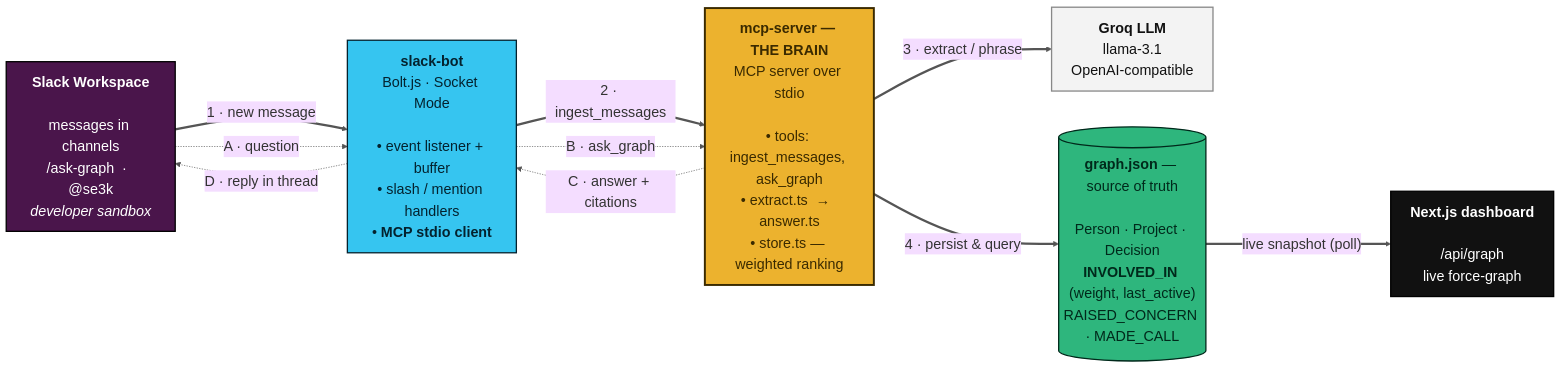
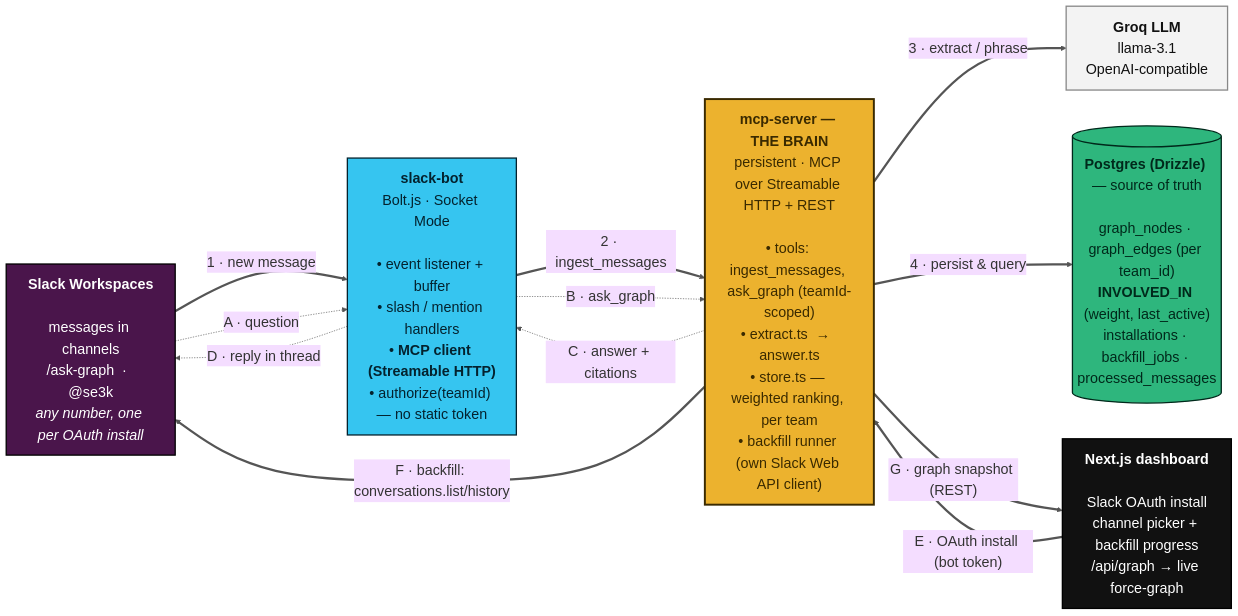
The first of 8 diagrams in TECHNICAL_ARCHITECTURE.md (srijan399/se3k), drawn with Mermaid before and after one commit. The commit also changed other lines of this file and 58 other files, not shown here.

Commit message:
slack oauth + db connections

````diff
--- a/TECHNICAL_ARCHITECTURE.md
+++ b/TECHNICAL_ARCHITECTURE.md
@@ -15,41 +15,43 @@
 ```mermaid
 %%{init: {'theme':'base','themeVariables':{'fontSize':'22px','fontFamily':'Inter, Helvetica, sans-serif','lineColor':'#555'}, 'flowchart':{'nodeSpacing':55,'rankSpacing':90,'curve':'basis','htmlLabels':true}}}%%
 flowchart LR
-  SLACK["<b>Slack Workspace</b><br/><br/>messages in channels<br/>/ask-graph &nbsp;·&nbsp; @se3k<br/><i>developer sandbox</i>"]
+  SLACK["<b>Slack Workspaces</b><br/><br/>messages in channels<br/>/ask-graph &nbsp;·&nbsp; @se3k<br/><i>any number, one per OAuth install</i>"]
 
-  BOT["<b>slack-bot</b><br/>Bolt.js · Socket Mode<br/><br/>• event listener + buffer<br/>• slash / mention handlers<br/>• <b>MCP stdio client</b>"]
+  BOT["<b>slack-bot</b><br/>Bolt.js · Socket Mode<br/><br/>• event listener + buffer<br/>• slash / mention handlers<br/>• <b>MCP client (Streamable HTTP)</b><br/>• authorize(teamId) — no static token"]
 
-  MCP["<b>mcp-server — THE BRAIN</b><br/>MCP server over stdio<br/><br/>• tools: ingest_messages, ask_graph<br/>• extract.ts &nbsp;→&nbsp; answer.ts<br/>• store.ts — weighted ranking"]
+  MCP["<b>mcp-server — THE BRAIN</b><br/>persistent · MCP over Streamable HTTP + REST<br/><br/>• tools: ingest_messages, ask_graph (teamId-scoped)<br/>• extract.ts &nbsp;→&nbsp; answer.ts<br/>• store.ts — weighted ranking, per team<br/>• backfill runner (own Slack Web API client)"]
 
   LLM["<b>Groq LLM</b><br/>llama-3.1<br/>OpenAI-compatible"]
 
-  GRAPH[("<b>graph.json</b> — source of truth<br/><br/>Person · Project · Decision<br/><b>INVOLVED_IN</b> (weight, last_active)<br/>RAISED_CONCERN · MADE_CALL")]
+  DB[("<b>Postgres (Drizzle)</b> — source of truth<br/><br/>graph_nodes · graph_edges (per team_id)<br/><b>INVOLVED_IN</b> (weight, last_active)<br/>installations · backfill_jobs · processed_messages")]
 
-  WEB["<b>Next.js dashboard</b><br/><br/>/api/graph<br/>live force-graph"]
+  WEB["<b>Next.js dashboard</b><br/><br/>Slack OAuth install<br/>channel picker + backfill progress<br/>/api/graph → live force-graph"]
 
   SLACK == "1 · new message" ==> BOT
   BOT   == "2 · ingest_messages" ==> MCP
   MCP   == "3 · extract / phrase" ==> LLM
-  MCP   == "4 · persist &amp; query" ==> GRAPH
+  MCP   == "4 · persist &amp; query" ==> DB
 
   SLACK -. "A · question" .-> BOT
   BOT   -. "B · ask_graph" .-> MCP
   MCP   -. "C · answer + citations" .-> BOT
   BOT   -. "D · reply in thread" .-> SLACK
 
-  GRAPH == "live snapshot (poll)" ==> WEB
+  WEB   == "E · OAuth install (bot token)" ==> MCP
+  MCP   == "F · backfill: conversations.list/history" ==> SLACK
+  MCP   == "G · graph snapshot (REST)" ==> WEB
 
   classDef cSlack fill:#4A154B,color:#fff,stroke:#000,stroke-width:2px;
   classDef cBot fill:#36C5F0,color:#04222e,stroke:#04222e,stroke-width:2px;
   classDef cMcp fill:#ECB22E,color:#3a2a00,stroke:#3a2a00,stroke-width:3px;
   classDef cGraph fill:#2EB67D,color:#00291b,stroke:#00291b,stroke-width:2px;
   classDef cWeb fill:#111,color:#fff,stroke:#000,stroke-width:2px;
   classDef cLlm fill:#f3f3f3,color:#111,stroke:#888,stroke-width:2px;
 
   class SLACK cSlack
   class BOT cBot
   class MCP cMcp
   class LLM cLlm
-  class GRAPH cGraph
+  class DB cGraph
   class WEB cWeb
 ```
````
